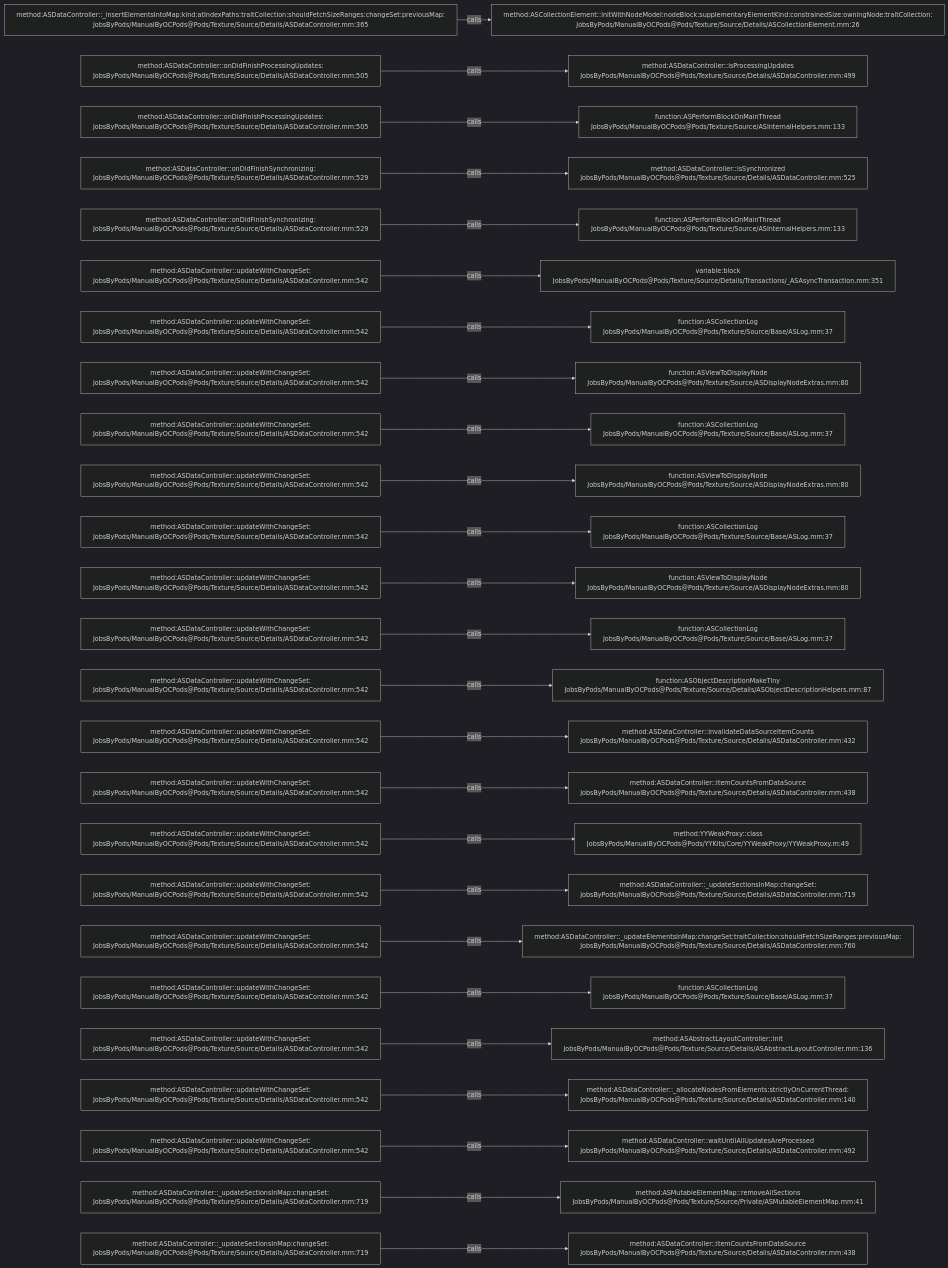
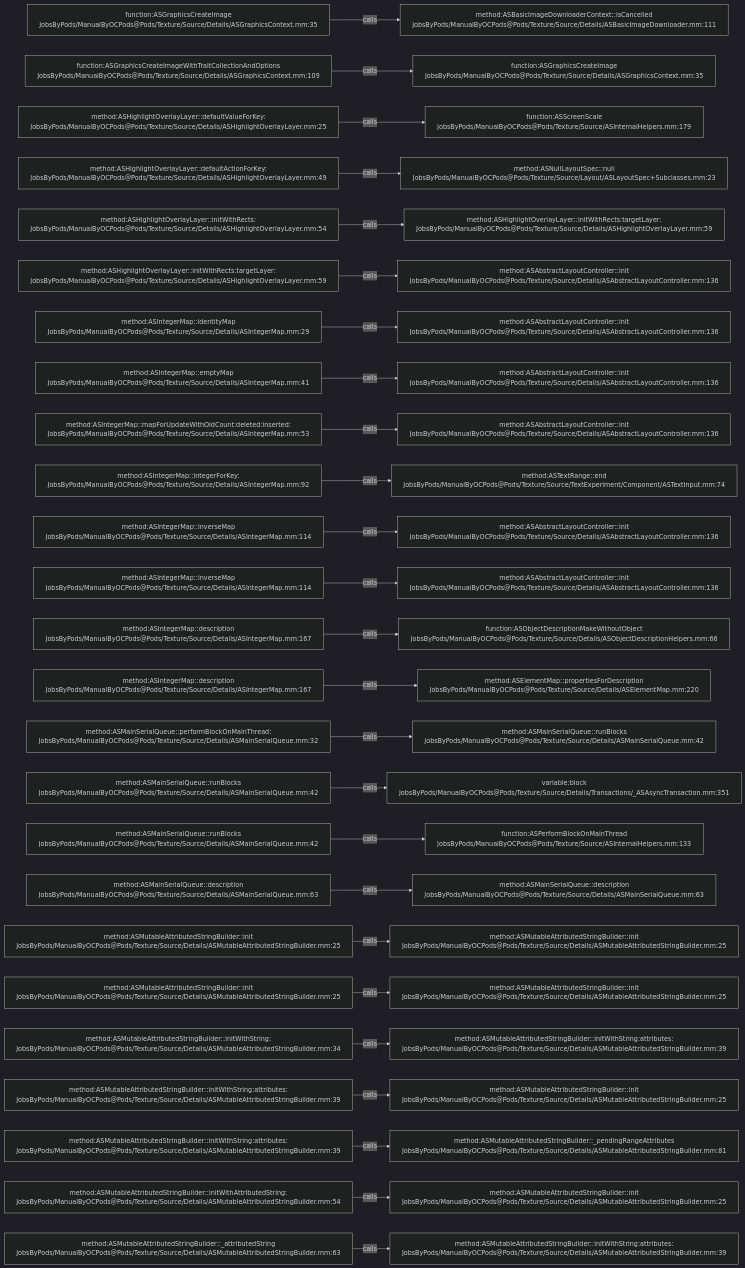
The diagram in .codegraph/codegraph.md/graphs/calls-156.md (JobsKits/JobsOCBaseConfigDemo), drawn with Mermaid (dark theme) before and after one commit. The commit also changed 1353 other files, not shown here.

````diff
--- a/.codegraph/codegraph.md/graphs/calls-156.md
+++ b/.codegraph/codegraph.md/graphs/calls-156.md
@@ -13,78 +13,78 @@
 ```mermaid
 flowchart LR
-  S1["method:ASDataController::_insertElementsIntoMap:kind:atIndexPaths:traitCollection:shouldFetchSizeRanges:changeSet:previousMap:<br/>JobsByPods/ManualByOCPods@Pods/Texture/Source/Details/ASDataController.mm:365"]
-  T1["method:ASCollectionElement::initWithNodeModel:nodeBlock:supplementaryElementKind:constrainedSize:owningNode:traitCollection:<br/>JobsByPods/ManualByOCPods@Pods/Texture/Source/Details/ASCollectionElement.mm:26"]
+  S1["function:ASGraphicsCreateImage<br/>JobsByPods/ManualByOCPods@Pods/Texture/Source/Details/ASGraphicsContext.mm:35"]
+  T1["method:ASBasicImageDownloaderContext::isCancelled<br/>JobsByPods/ManualByOCPods@Pods/Texture/Source/Details/ASBasicImageDownloader.mm:111"]
   S1 -->|calls| T1
-  S2["method:ASDataController::onDidFinishProcessingUpdates:<br/>JobsByPods/ManualByOCPods@Pods/Texture/Source/Details/ASDataController.mm:505"]
-  T2["method:ASDataController::isProcessingUpdates<br/>JobsByPods/ManualByOCPods@Pods/Texture/Source/Details/ASDataController.mm:499"]
+  S2["function:ASGraphicsCreateImageWithTraitCollectionAndOptions<br/>JobsByPods/ManualByOCPods@Pods/Texture/Source/Details/ASGraphicsContext.mm:109"]
+  T2["function:ASGraphicsCreateImage<br/>JobsByPods/ManualByOCPods@Pods/Texture/Source/Details/ASGraphicsContext.mm:35"]
   S2 -->|calls| T2
-  S3["method:ASDataController::onDidFinishProcessingUpdates:<br/>JobsByPods/ManualByOCPods@Pods/Texture/Source/Details/ASDataController.mm:505"]
-  T3["function:ASPerformBlockOnMainThread<br/>JobsByPods/ManualByOCPods@Pods/Texture/Source/ASInternalHelpers.mm:133"]
+  S3["method:ASHighlightOverlayLayer::defaultValueForKey:<br/>JobsByPods/ManualByOCPods@Pods/Texture/Source/Details/ASHighlightOverlayLayer.mm:25"]
+  T3["function:ASScreenScale<br/>JobsByPods/ManualByOCPods@Pods/Texture/Source/ASInternalHelpers.mm:179"]
   S3 -->|calls| T3
-  S4["method:ASDataController::onDidFinishSynchronizing:<br/>JobsByPods/ManualByOCPods@Pods/Texture/Source/Details/ASDataController.mm:529"]
-  T4["method:ASDataController::isSynchronized<br/>JobsByPods/ManualByOCPods@Pods/Texture/Source/Details/ASDataController.mm:525"]
+  S4["method:ASHighlightOverlayLayer::defaultActionForKey:<br/>JobsByPods/ManualByOCPods@Pods/Texture/Source/Details/ASHighlightOverlayLayer.mm:49"]
+  T4["method:ASNullLayoutSpec::null<br/>JobsByPods/ManualByOCPods@Pods/Texture/Source/Layout/ASLayoutSpec+Subclasses.mm:23"]
   S4 -->|calls| T4
-  S5["method:ASDataController::onDidFinishSynchronizing:<br/>JobsByPods/ManualByOCPods@Pods/Texture/Source/Details/ASDataController.mm:529"]
-  T5["function:ASPerformBlockOnMainThread<br/>JobsByPods/ManualByOCPods@Pods/Texture/Source/ASInternalHelpers.mm:133"]
+  S5["method:ASHighlightOverlayLayer::initWithRects:<br/>JobsByPods/ManualByOCPods@Pods/Texture/Source/Details/ASHighlightOverlayLayer.mm:54"]
+  T5["method:ASHighlightOverlayLayer::initWithRects:targetLayer:<br/>JobsByPods/ManualByOCPods@Pods/Texture/Source/Details/ASHighlightOverlayLayer.mm:59"]
   S5 -->|calls| T5
-  S6["method:ASDataController::updateWithChangeSet:<br/>JobsByPods/ManualByOCPods@Pods/Texture/Source/Details/ASDataController.mm:542"]
-  T6["variable:block<br/>JobsByPods/ManualByOCPods@Pods/Texture/Source/Details/Transactions/_ASAsyncTransaction.mm:351"]
+  S6["method:ASHighlightOverlayLayer::initWithRects:targetLayer:<br/>JobsByPods/ManualByOCPods@Pods/Texture/Source/Details/ASHighlightOverlayLayer.mm:59"]
+  T6["method:ASAbstractLayoutController::init<br/>JobsByPods/ManualByOCPods@Pods/Texture/Source/Details/ASAbstractLayoutController.mm:136"]
   S6 -->|calls| T6
-  S7["method:ASDataController::updateWithChangeSet:<br/>JobsByPods/ManualByOCPods@Pods/Texture/Source/Details/ASDataController.mm:542"]
-  T7["function:ASCollectionLog<br/>JobsByPods/ManualByOCPods@Pods/Texture/Source/Base/ASLog.mm:37"]
+  S7["method:ASIntegerMap::identityMap<br/>JobsByPods/ManualByOCPods@Pods/Texture/Source/Details/ASIntegerMap.mm:29"]
+  T7["method:ASAbstractLayoutController::init<br/>JobsByPods/ManualByOCPods@Pods/Texture/Source/Details/ASAbstractLayoutController.mm:136"]
   S7 -->|calls| T7
-  S8["method:ASDataController::updateWithChangeSet:<br/>JobsByPods/ManualByOCPods@Pods/Texture/Source/Details/ASDataController.mm:542"]
-  T8["function:ASViewToDisplayNode<br/>JobsByPods/ManualByOCPods@Pods/Texture/Source/ASDisplayNodeExtras.mm:80"]
+  S8["method:ASIntegerMap::emptyMap<br/>JobsByPods/ManualByOCPods@Pods/Texture/Source/Details/ASIntegerMap.mm:41"]
+  T8["method:ASAbstractLayoutController::init<br/>JobsByPods/ManualByOCPods@Pods/Texture/Source/Details/ASAbstractLayoutController.mm:136"]
   S8 -->|calls| T8
-  S9["method:ASDataController::updateWithChangeSet:<br/>JobsByPods/ManualByOCPods@Pods/Texture/Source/Details/ASDataController.mm:542"]
-  T9["function:ASCollectionLog<br/>JobsByPods/ManualByOCPods@Pods/Texture/Source/Base/ASLog.mm:37"]
+  S9["method:ASIntegerMap::mapForUpdateWithOldCount:deleted:inserted:<br/>JobsByPods/ManualByOCPods@Pods/Texture/Source/Details/ASIntegerMap.mm:53"]
+  T9["method:ASAbstractLayoutController::init<br/>JobsByPods/ManualByOCPods@Pods/Texture/Source/Details/ASAbstractLayoutController.mm:136"]
   S9 -->|calls| T9
-  S10["method:ASDataController::updateWithChangeSet:<br/>JobsByPods/ManualByOCPods@Pods/Texture/Source/Details/ASDataController.mm:542"]
-  T10["function:ASViewToDisplayNode<br/>JobsByPods/ManualByOCPods@Pods/Texture/Source/ASDisplayNodeExtras.mm:80"]
+  S10["method:ASIntegerMap::integerForKey:<br/>JobsByPods/ManualByOCPods@Pods/Texture/Source/Details/ASIntegerMap.mm:92"]
+  T10["method:ASTextRange::end<br/>JobsByPods/ManualByOCPods@Pods/Texture/Source/TextExperiment/Component/ASTextInput.mm:74"]
   S10 -->|calls| T10
-  S11["method:ASDataController::updateWithChangeSet:<br/>JobsByPods/ManualByOCPods@Pods/Texture/Source/Details/ASDataController.mm:542"]
-  T11["function:ASCollectionLog<br/>JobsByPods/ManualByOCPods@Pods/Texture/Source/Base/ASLog.mm:37"]
+  S11["method:ASIntegerMap::inverseMap<br/>JobsByPods/ManualByOCPods@Pods/Texture/Source/Details/ASIntegerMap.mm:114"]
+  T11["method:ASAbstractLayoutController::init<br/>JobsByPods/ManualByOCPods@Pods/Texture/Source/Details/ASAbstractLayoutController.mm:136"]
   S11 -->|calls| T11
-  S12["method:ASDataController::updateWithChangeSet:<br/>JobsByPods/ManualByOCPods@Pods/Texture/Source/Details/ASDataController.mm:542"]
-  T12["function:ASViewToDisplayNode<br/>JobsByPods/ManualByOCPods@Pods/Texture/Source/ASDisplayNodeExtras.mm:80"]
+  S12["method:ASIntegerMap::inverseMap<br/>JobsByPods/ManualByOCPods@Pods/Texture/Source/Details/ASIntegerMap.mm:114"]
+  T12["method:ASAbstractLayoutController::init<br/>JobsByPods/ManualByOCPods@Pods/Texture/Source/Details/ASAbstractLayoutController.mm:136"]
   S12 -->|calls| T12
-  S13["method:ASDataController::updateWithChangeSet:<br/>JobsByPods/ManualByOCPods@Pods/Texture/Source/Details/ASDataController.mm:542"]
-  T13["function:ASCollectionLog<br/>JobsByPods/ManualByOCPods@Pods/Texture/Source/Base/ASLog.mm:37"]
+  S13["method:ASIntegerMap::description<br/>JobsByPods/ManualByOCPods@Pods/Texture/Source/Details/ASIntegerMap.mm:167"]
+  T13["function:ASObjectDescriptionMakeWithoutObject<br/>JobsByPods/ManualByOCPods@Pods/Texture/Source/Details/ASObjectDescriptionHelpers.mm:66"]
   S13 -->|calls| T13
-  S14["method:ASDataController::updateWithChangeSet:<br/>JobsByPods/ManualByOCPods@Pods/Texture/Source/Details/ASDataController.mm:542"]
-  T14["function:ASObjectDescriptionMakeTiny<br/>JobsByPods/ManualByOCPods@Pods/Texture/Source/Details/ASObjectDescriptionHelpers.mm:87"]
+  S14["method:ASIntegerMap::description<br/>JobsByPods/ManualByOCPods@Pods/Texture/Source/Details/ASIntegerMap.mm:167"]
+  T14["method:ASElementMap::propertiesForDescription<br/>JobsByPods/ManualByOCPods@Pods/Texture/Source/Details/ASElementMap.mm:220"]
   S14 -->|calls| T14
-  S15["method:ASDataController::updateWithChangeSet:<br/>JobsByPods/ManualByOCPods@Pods/Texture/Source/Details/ASDataController.mm:542"]
-  T15["method:ASDataController::invalidateDataSourceItemCounts<br/>JobsByPods/ManualByOCPods@Pods/Texture/Source/Details/ASDataController.mm:432"]
+  S15["method:ASMainSerialQueue::performBlockOnMainThread:<br/>JobsByPods/ManualByOCPods@Pods/Texture/Source/Details/ASMainSerialQueue.mm:32"]
+  T15["method:ASMainSerialQueue::runBlocks<br/>JobsByPods/ManualByOCPods@Pods/Texture/Source/Details/ASMainSerialQueue.mm:42"]
   S15 -->|calls| T15
-  S16["method:ASDataController::updateWithChangeSet:<br/>JobsByPods/ManualByOCPods@Pods/Texture/Source/Details/ASDataController.mm:542"]
-  T16["method:ASDataController::itemCountsFromDataSource<br/>JobsByPods/ManualByOCPods@Pods/Texture/Source/Details/ASDataController.mm:438"]
+  S16["method:ASMainSerialQueue::runBlocks<br/>JobsByPods/ManualByOCPods@Pods/Texture/Source/Details/ASMainSerialQueue.mm:42"]
+  T16["variable:block<br/>JobsByPods/ManualByOCPods@Pods/Texture/Source/Details/Transactions/_ASAsyncTransaction.mm:351"]
   S16 -->|calls| T16
-  S17["method:ASDataController::updateWithChangeSet:<br/>JobsByPods/ManualByOCPods@Pods/Texture/Source/Details/ASDataController.mm:542"]
-  T17["method:YYWeakProxy::class<br/>JobsByPods/ManualByOCPods@Pods/YYKits/Core/YYWeakProxy/YYWeakProxy.m:49"]
+  S17["method:ASMainSerialQueue::runBlocks<br/>JobsByPods/ManualByOCPods@Pods/Texture/Source/Details/ASMainSerialQueue.mm:42"]
+  T17["function:ASPerformBlockOnMainThread<br/>JobsByPods/ManualByOCPods@Pods/Texture/Source/ASInternalHelpers.mm:133"]
   S17 -->|calls| T17
-  S18["method:ASDataController::updateWithChangeSet:<br/>JobsByPods/ManualByOCPods@Pods/Texture/Source/Details/ASDataController.mm:542"]
-  T18["method:ASDataController::_updateSectionsInMap:changeSet:<br/>JobsByPods/ManualByOCPods@Pods/Texture/Source/Details/ASDataController.mm:719"]
+  S18["method:ASMainSerialQueue::description<br/>JobsByPods/ManualByOCPods@Pods/Texture/Source/Details/ASMainSerialQueue.mm:63"]
+  T18["method:ASMainSerialQueue::description<br/>JobsByPods/ManualByOCPods@Pods/Texture/Source/Details/ASMainSerialQueue.mm:63"]
   S18 -->|calls| T18
-  S19["method:ASDataController::updateWithChangeSet:<br/>JobsByPods/ManualByOCPods@Pods/Texture/Source/Details/ASDataController.mm:542"]
-  T19["method:ASDataController::_updateElementsInMap:changeSet:traitCollection:shouldFetchSizeRanges:previousMap:<br/>JobsByPods/ManualByOCPods@Pods/Texture/Source/Details/ASDataController.mm:760"]
+  S19["method:ASMutableAttributedStringBuilder::init<br/>JobsByPods/ManualByOCPods@Pods/Texture/Source/Details/ASMutableAttributedStringBuilder.mm:25"]
+  T19["method:ASMutableAttributedStringBuilder::init<br/>JobsByPods/ManualByOCPods@Pods/Texture/Source/Details/ASMutableAttributedStringBuilder.mm:25"]
   S19 -->|calls| T19
-  S20["method:ASDataController::updateWithChangeSet:<br/>JobsByPods/ManualByOCPods@Pods/Texture/Source/Details/ASDataController.mm:542"]
-  T20["function:ASCollectionLog<br/>JobsByPods/ManualByOCPods@Pods/Texture/Source/Base/ASLog.mm:37"]
+  S20["method:ASMutableAttributedStringBuilder::init<br/>JobsByPods/ManualByOCPods@Pods/Texture/Source/Details/ASMutableAttributedStringBuilder.mm:25"]
+  T20["method:ASMutableAttributedStringBuilder::init<br/>JobsByPods/ManualByOCPods@Pods/Texture/Source/Details/ASMutableAttributedStringBuilder.mm:25"]
   S20 -->|calls| T20
-  S21["method:ASDataController::updateWithChangeSet:<br/>JobsByPods/ManualByOCPods@Pods/Texture/Source/Details/ASDataController.mm:542"]
-  T21["method:ASAbstractLayoutController::init<br/>JobsByPods/ManualByOCPods@Pods/Texture/Source/Details/ASAbstractLayoutController.mm:136"]
+  S21["method:ASMutableAttributedStringBuilder::initWithString:<br/>JobsByPods/ManualByOCPods@Pods/Texture/Source/Details/ASMutableAttributedStringBuilder.mm:34"]
+  T21["method:ASMutableAttributedStringBuilder::initWithString:attributes:<br/>JobsByPods/ManualByOCPods@Pods/Texture/Source/Details/ASMutableAttributedStringBuilder.mm:39"]
   S21 -->|calls| T21
-  S22["method:ASDataController::updateWithChangeSet:<br/>JobsByPods/ManualByOCPods@Pods/Texture/Source/Details/ASDataController.mm:542"]
-  T22["method:ASDataController::_allocateNodesFromElements:strictlyOnCurrentThread:<br/>JobsByPods/ManualByOCPods@Pods/Texture/Source/Details/ASDataController.mm:140"]
+  S22["method:ASMutableAttributedStringBuilder::initWithString:attributes:<br/>JobsByPods/ManualByOCPods@Pods/Texture/Source/Details/ASMutableAttributedStringBuilder.mm:39"]
+  T22["method:ASMutableAttributedStringBuilder::init<br/>JobsByPods/ManualByOCPods@Pods/Texture/Source/Details/ASMutableAttributedStringBuilder.mm:25"]
   S22 -->|calls| T22
-  S23["method:ASDataController::updateWithChangeSet:<br/>JobsByPods/ManualByOCPods@Pods/Texture/Source/Details/ASDataController.mm:542"]
-  T23["method:ASDataController::waitUntilAllUpdatesAreProcessed<br/>JobsByPods/ManualByOCPods@Pods/Texture/Source/Details/ASDataController.mm:492"]
+  S23["method:ASMutableAttributedStringBuilder::initWithString:attributes:<br/>JobsByPods/ManualByOCPods@Pods/Texture/Source/Details/ASMutableAttributedStringBuilder.mm:39"]
+  T23["method:ASMutableAttributedStringBuilder::_pendingRangeAttributes<br/>JobsByPods/ManualByOCPods@Pods/Texture/Source/Details/ASMutableAttributedStringBuilder.mm:81"]
   S23 -->|calls| T23
-  S24["method:ASDataController::_updateSectionsInMap:changeSet:<br/>JobsByPods/ManualByOCPods@Pods/Texture/Source/Details/ASDataController.mm:719"]
-  T24["method:ASMutableElementMap::removeAllSections<br/>JobsByPods/ManualByOCPods@Pods/Texture/Source/Private/ASMutableElementMap.mm:41"]
+  S24["method:ASMutableAttributedStringBuilder::initWithAttributedString:<br/>JobsByPods/ManualByOCPods@Pods/Texture/Source/Details/ASMutableAttributedStringBuilder.mm:54"]
+  T24["method:ASMutableAttributedStringBuilder::init<br/>JobsByPods/ManualByOCPods@Pods/Texture/Source/Details/ASMutableAttributedStringBuilder.mm:25"]
   S24 -->|calls| T24
-  S25["method:ASDataController::_updateSectionsInMap:changeSet:<br/>JobsByPods/ManualByOCPods@Pods/Texture/Source/Details/ASDataController.mm:719"]
-  T25["method:ASDataController::itemCountsFromDataSource<br/>JobsByPods/ManualByOCPods@Pods/Texture/Source/Details/ASDataController.mm:438"]
+  S25["method:ASMutableAttributedStringBuilder::_attributedString<br/>JobsByPods/ManualByOCPods@Pods/Texture/Source/Details/ASMutableAttributedStringBuilder.mm:63"]
+  T25["method:ASMutableAttributedStringBuilder::initWithString:attributes:<br/>JobsByPods/ManualByOCPods@Pods/Texture/Source/Details/ASMutableAttributedStringBuilder.mm:39"]
   S25 -->|calls| T25
 ```
````
